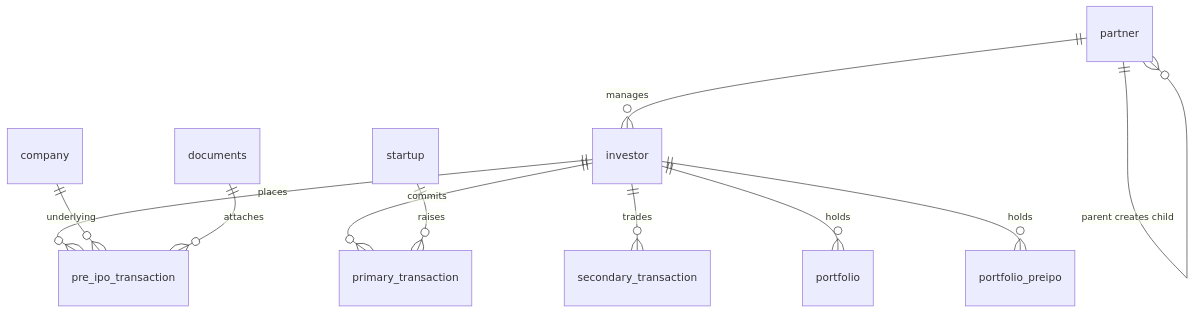
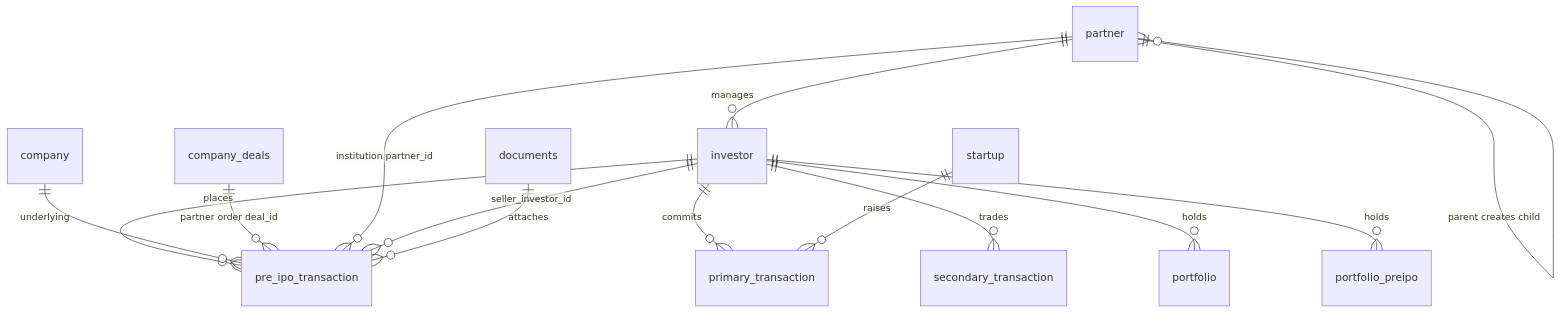
The diagram in docs/database/overview.md (techshuruup/PrivateDealsBackend), drawn with Mermaid before and after one commit. The commit also changed other lines of this file and 56 other files, not shown here.

Commit message:
order flow upload

````diff
--- a/docs/database/overview.md
+++ b/docs/database/overview.md
@@ -12,13 +12,16 @@
 ```mermaid
 erDiagram
   investor ||--o{ pre_ipo_transaction : places
   investor ||--o{ primary_transaction : commits
   investor ||--o{ secondary_transaction : trades
   investor ||--o{ portfolio : holds
   investor ||--o{ portfolio_preipo : holds
   partner ||--o{ investor : manages
   partner ||--o{ partner : "parent creates child"
   company ||--o{ pre_ipo_transaction : underlying
+  company_deals ||--o{ pre_ipo_transaction : "partner order deal_id"
+  partner ||--o{ pre_ipo_transaction : "institution partner_id"
+  investor ||--o{ pre_ipo_transaction : "seller_investor_id"
   startup ||--o{ primary_transaction : raises
   documents ||--o{ pre_ipo_transaction : attaches
 ```
````
